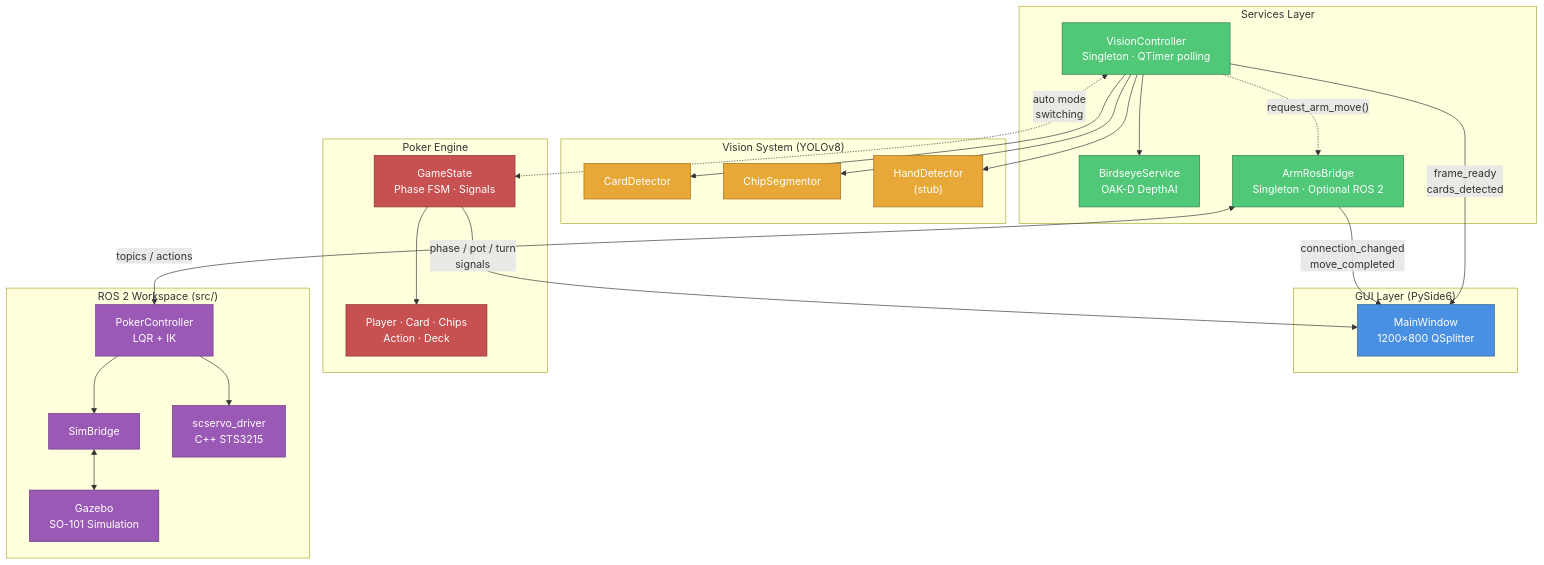
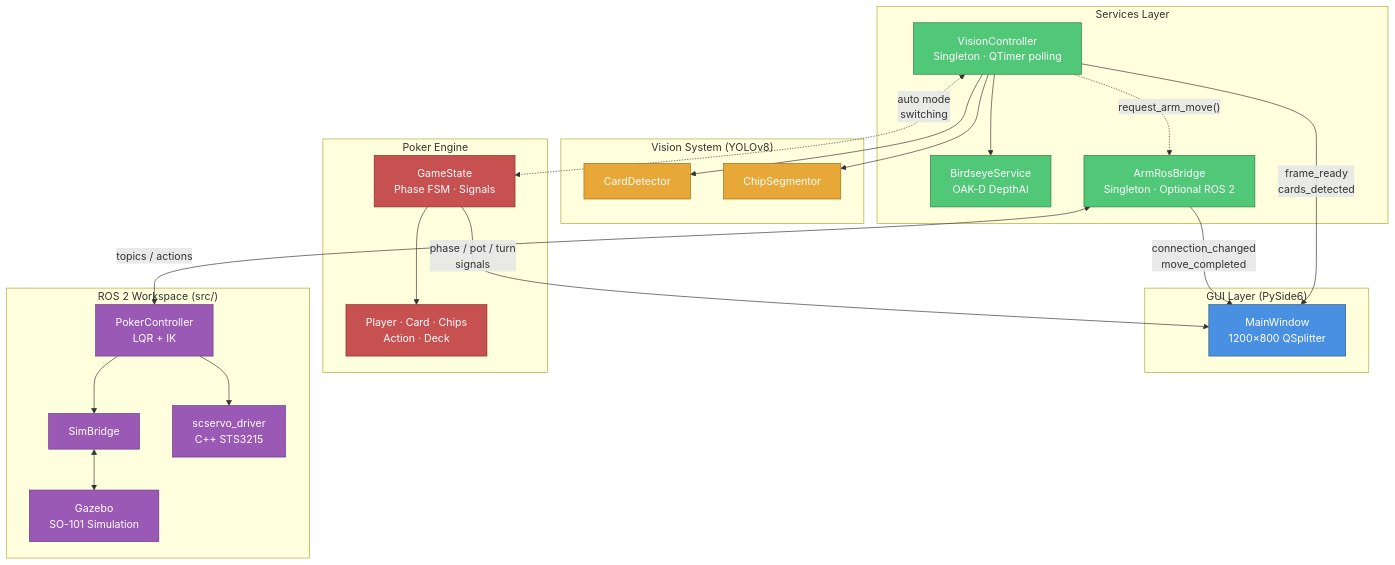
One commit to jalliet/prap-25-26 changed the diagram in docs/diagrams/system-architecture/system-architecture.mmd. Above: the diagram before and after it, drawn with Mermaid. The commit also changed 9 other files, not shown here.

Commit message:
feat: remove HandDetector, HAND_MONITORING mode, and all hand detection code

```diff
--- a/docs/diagrams/system-architecture/system-architecture.mmd
+++ b/docs/diagrams/system-architecture/system-architecture.mmd
@@ -1,58 +1,56 @@
 graph TB
     subgraph GUI["GUI Layer (PySide6)"]
         MW["MainWindow<br/>1200×800 QSplitter"]
     end
 
     subgraph Services["Services Layer"]
         VC["VisionController<br/>Singleton · QTimer polling"]
         CS["BirdseyeService<br/>OAK-D DepthAI"]
         ARB["ArmRosBridge<br/>Singleton · Optional ROS 2"]
     end
 
     subgraph Vision["Vision System (YOLOv8)"]
         CD["CardDetector"]
         CHI["ChipSegmentor"]
-        HD["HandDetector<br/>(stub)"]
     end
 
     subgraph Poker["Poker Engine"]
         GS["GameState<br/>Phase FSM · Signals"]
         PM["Player · Card · Chips<br/>Action · Deck"]
     end
 
     subgraph ROS2["ROS 2 Workspace (src/)"]
         CTRL["PokerController<br/>LQR + IK"]
         SB["SimBridge"]
         DRV["scservo_driver<br/>C++ STS3215"]
         GAZ["Gazebo<br/>SO-101 Simulation"]
     end
 
     VC -->|"frame_ready<br/>cards_detected"| MW
     GS -->|"phase / pot / turn<br/>signals"| MW
     ARB -->|"connection_changed<br/>move_completed"| MW
 
     VC --> CS
     VC --> CD
     VC --> CHI
-    VC --> HD
     VC <-.->|"auto mode<br/>switching"| GS
     VC -.->|"request_arm_move()"| ARB
 
     GS --> PM
 
     ARB <-->|"topics / actions"| CTRL
     CTRL --> SB
     CTRL --> DRV
     SB <--> GAZ
 
     classDef gui fill:#4A90E2,stroke:#2B5C8A,color:#fff
     classDef svc fill:#50C878,stroke:#2D7A47,color:#fff
     classDef vis fill:#E8A838,stroke:#A06B1F,color:#fff
     classDef poker fill:#C75050,stroke:#8A2D2D,color:#fff
     classDef ros fill:#9B59B6,stroke:#6C3483,color:#fff
 
     class MW gui
     class VC,CS,ARB svc
-    class CD,CHI,HD vis
+    class CD,CHI vis
     class GS,PM poker
     class CTRL,SB,DRV,GAZ ros
```
